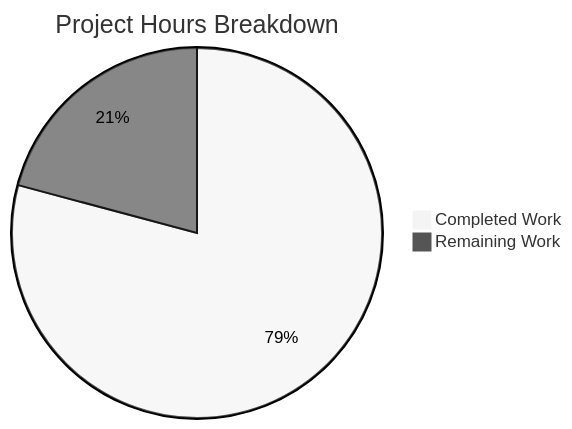
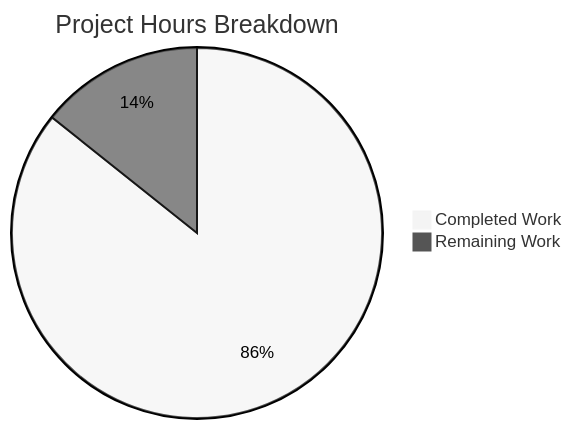
One commit to Sandeep01Kumar/05-jan-existing-projects-qa-test-2 changed the diagram in blitzy/documentation/Project Guide.md. Above: the diagram before and after it, drawn with Mermaid (neutral theme). The commit also changed other lines of this file, not shown here.

Commit message:
Adding Blitzy Project Guide: Project Status and Human Tasks Remaining

````diff
--- a/blitzy/documentation/Project Guide.md
+++ b/blitzy/documentation/Project Guide.md
@@ -91,5 +48,5 @@
 ```mermaid
 pie title Project Hours Breakdown
-    "Completed Work" : 38
-    "Remaining Work" : 10
+    "Completed Work" : 42
+    "Remaining Work" : 7
 ```
````
